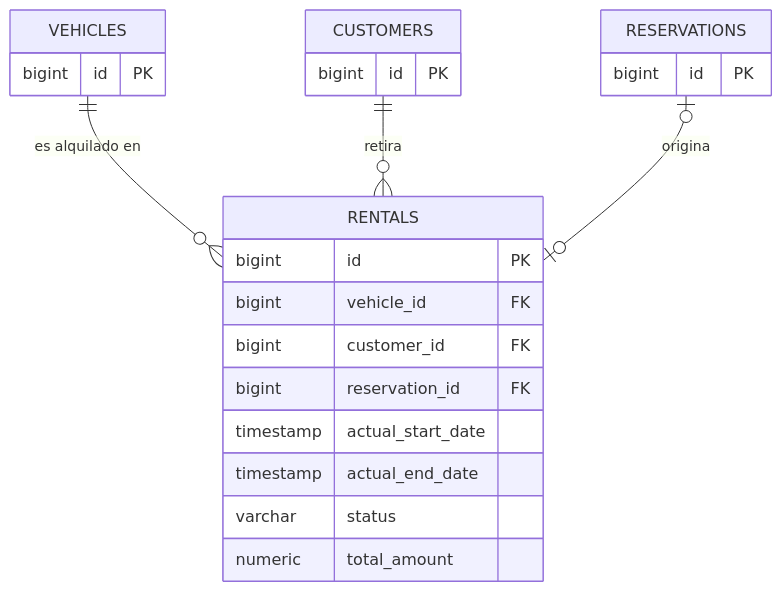
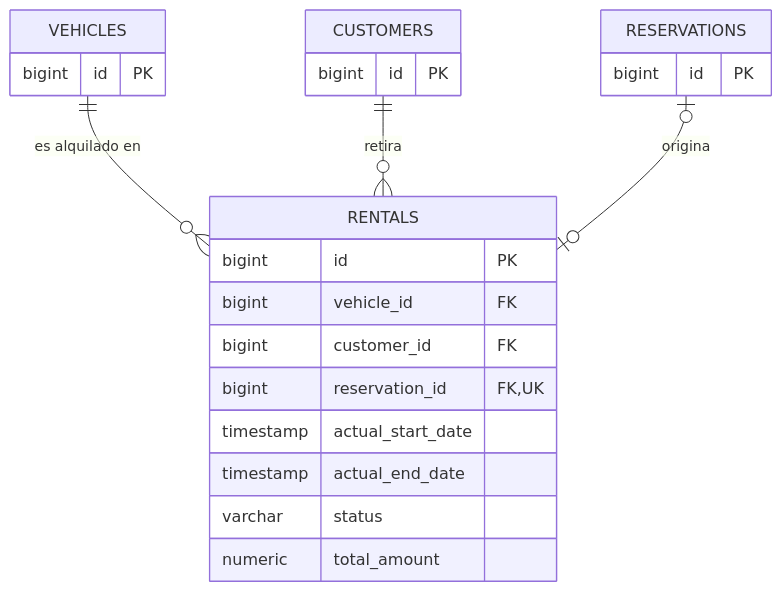
One commit to chaarlyez/Sistema_de_alquiler_de_veh-culos changed the diagram in docs/04-base-de-datos/03-alquileres-mariocardona970546.md. Above: the diagram before and after it, drawn with Mermaid. The commit also changed other lines of this file, not shown here.

First line of the commit message:
fix(bd): agregar UNIQUE a reservation_id en rentals (parte 3)

````diff
--- a/docs/04-base-de-datos/03-alquileres-mariocardona970546.md
+++ b/docs/04-base-de-datos/03-alquileres-mariocardona970546.md
@@ -84,29 +87,29 @@
 ```mermaid
 erDiagram
     VEHICLES ||--o{ RENTALS : "es alquilado en"
     CUSTOMERS ||--o{ RENTALS : "retira"
     RESERVATIONS |o--o| RENTALS : "origina"
 
     VEHICLES {
         bigint id PK
     }
 
     CUSTOMERS {
         bigint id PK
     }
 
     RESERVATIONS {
         bigint id PK
     }
 
     RENTALS {
         bigint id PK
         bigint vehicle_id FK
         bigint customer_id FK
-        bigint reservation_id FK
+        bigint reservation_id FK, UK
         timestamp actual_start_date
         timestamp actual_end_date
         varchar status
         numeric total_amount
     }
 ```
````
